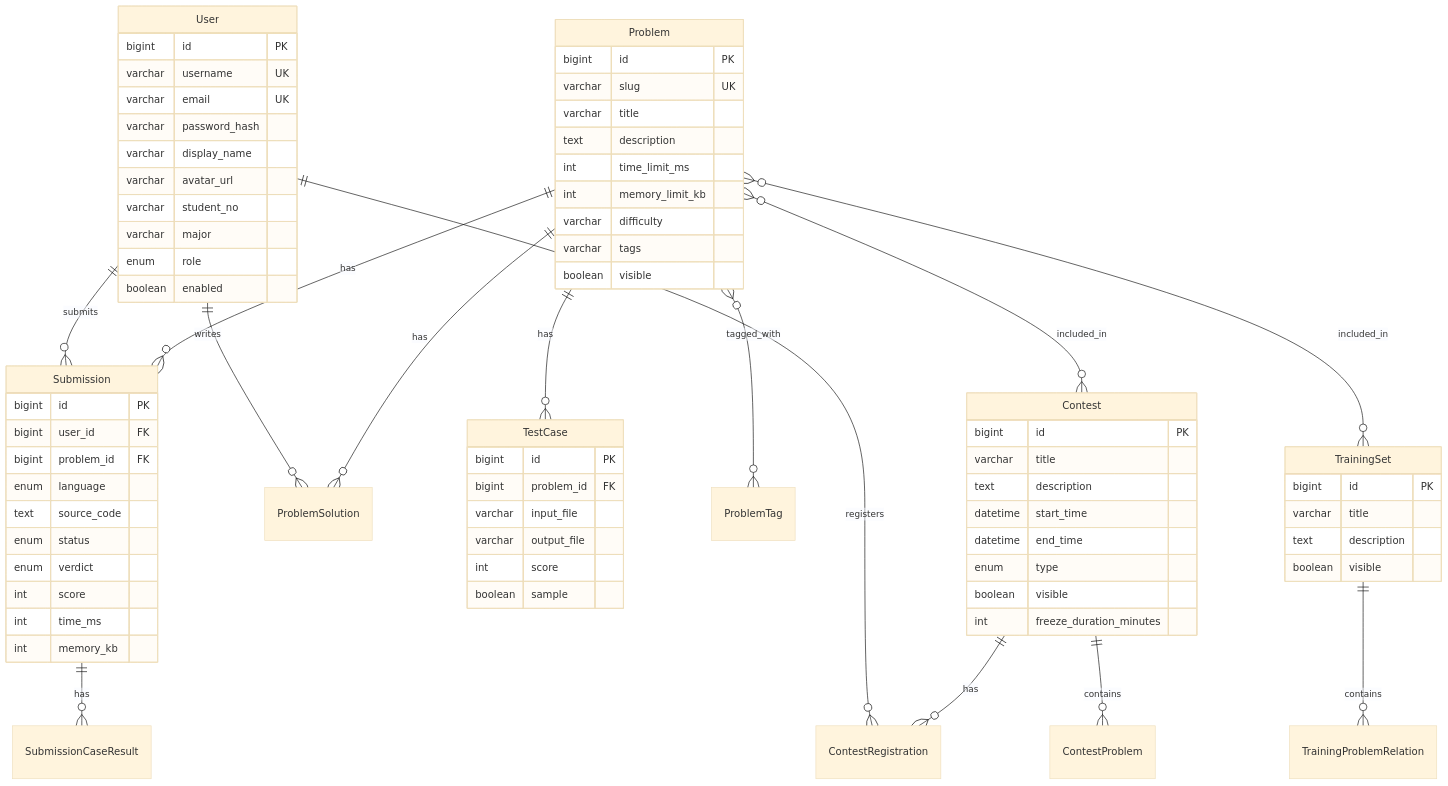
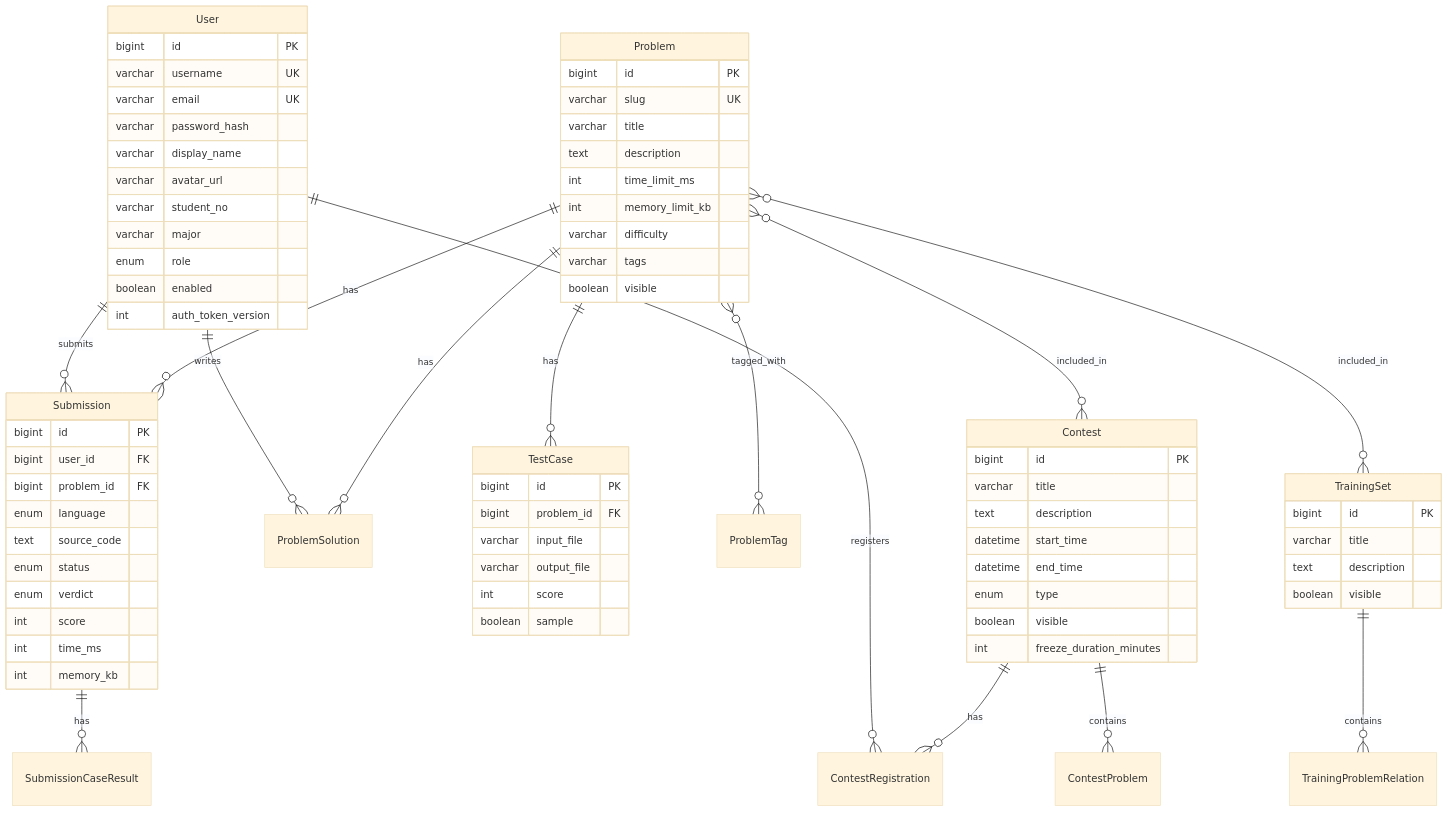
The third of 4 diagrams in docs/ARCHITECTURE.md (Aemeath233/local-oj), drawn with Mermaid (base theme) before and after one commit. The commit also changed other lines of this file and 292 other files, not shown here.

````diff
--- a/docs/ARCHITECTURE.md
+++ b/docs/ARCHITECTURE.md
@@ -115,81 +117,82 @@
 ```mermaid
 erDiagram
     User ||--o{ Submission : submits
     User ||--o{ ContestRegistration : registers
     User ||--o{ ProblemSolution : writes
     Problem ||--o{ Submission : has
     Problem ||--o{ TestCase : has
     Problem ||--o{ ProblemSolution : has
     Problem }o--o{ ProblemTag : tagged_with
     Problem }o--o{ Contest : included_in
     Problem }o--o{ TrainingSet : included_in
     Contest ||--o{ ContestProblem : contains
     Contest ||--o{ ContestRegistration : has
     TrainingSet ||--o{ TrainingProblemRelation : contains
     Submission ||--o{ SubmissionCaseResult : has
 
     User {
         bigint id PK
         varchar username UK
         varchar email UK
         varchar password_hash
         varchar display_name
         varchar avatar_url
         varchar student_no
         varchar major
         enum role
         boolean enabled
+        int auth_token_version
     }
 
     Problem {
         bigint id PK
         varchar slug UK
         varchar title
         text description
         int time_limit_ms
         int memory_limit_kb
         varchar difficulty
         varchar tags
         boolean visible
     }
 
     Submission {
         bigint id PK
         bigint user_id FK
         bigint problem_id FK
         enum language
         text source_code
         enum status
         enum verdict
         int score
         int time_ms
         int memory_kb
     }
 
     TestCase {
         bigint id PK
         bigint problem_id FK
         varchar input_file
         varchar output_file
         int score
         boolean sample
     }
 
     Contest {
         bigint id PK
         varchar title
         text description
         datetime start_time
         datetime end_time
         enum type
         boolean visible
         int freeze_duration_minutes
     }
 
     TrainingSet {
         bigint id PK
         varchar title
         text description
         boolean visible
     }
 ```
````
